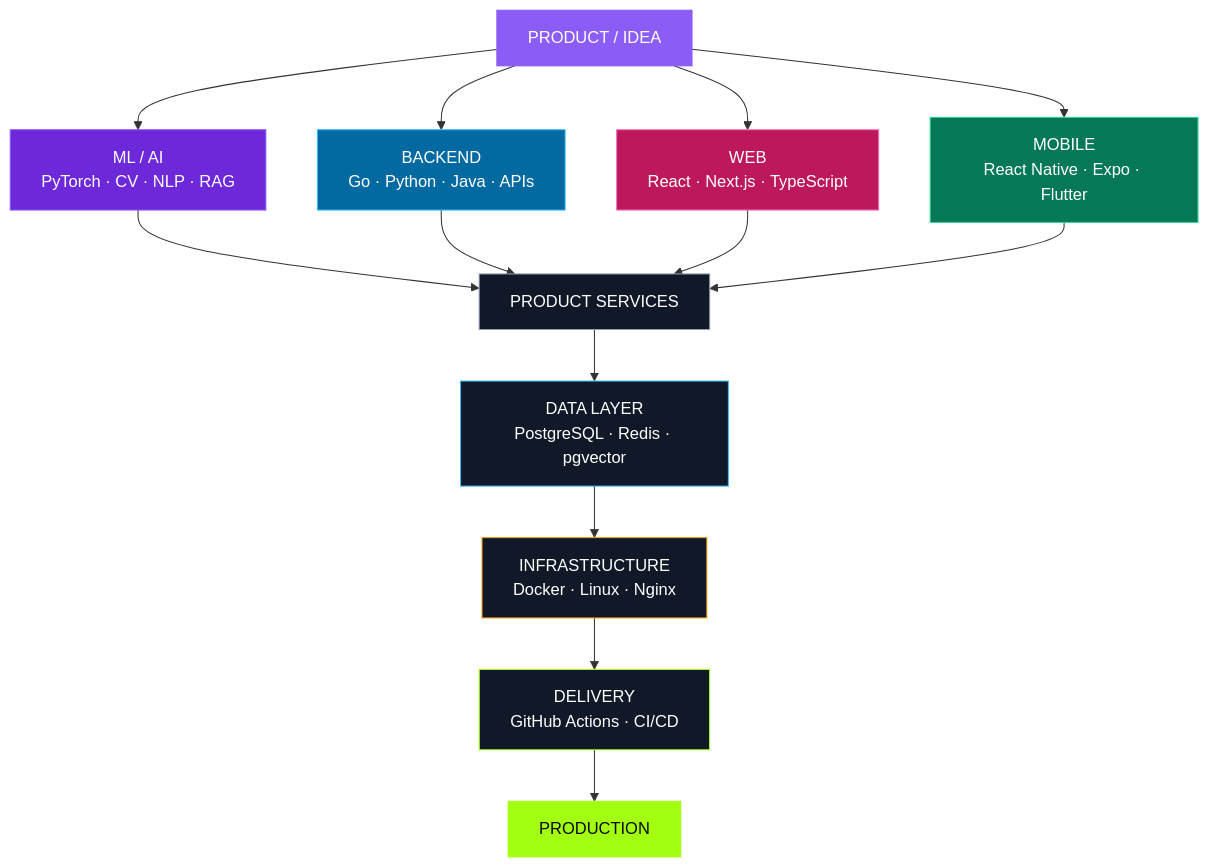
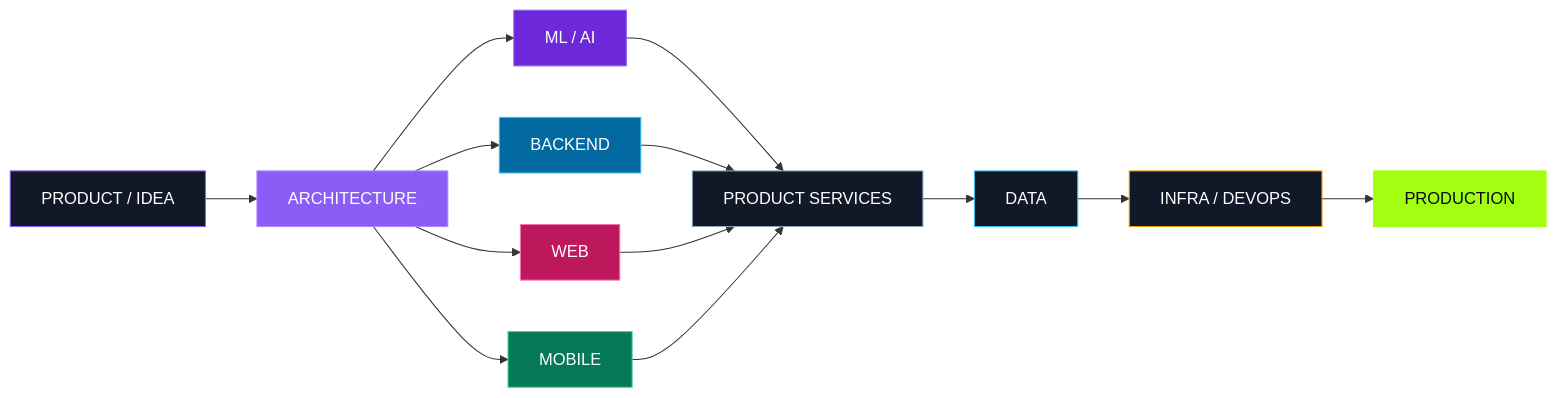
The diagram in README.md (BitsOfDanya/BitsOfDanya), drawn with Mermaid before and after one commit. The commit also changed other lines of this file and 2 other files, not shown here.

````diff
--- a/README.md
+++ b/README.md
@@ -394,30 +263,29 @@
 ```mermaid
-flowchart TB
-    IDEA["PRODUCT / IDEA"]
+flowchart LR
+    IDEA["PRODUCT / IDEA"] --> CORE["ARCHITECTURE"]
 
-    IDEA --> ML["ML / AI<br/>PyTorch · CV · NLP · RAG"]
-    IDEA --> BE["BACKEND<br/>Go · Python · Java · APIs"]
-    IDEA --> FE["WEB<br/>React · Next.js · TypeScript"]
-    IDEA --> MB["MOBILE<br/>React Native · Expo · Flutter"]
+    CORE --> ML["ML / AI"]
+    CORE --> BE["BACKEND"]
+    CORE --> WEB["WEB"]
+    CORE --> MOBILE["MOBILE"]
 
-    ML --> CORE["PRODUCT SERVICES"]
-    BE --> CORE
-    FE --> CORE
-    MB --> CORE
+    ML --> SERVICES["PRODUCT SERVICES"]
+    BE --> SERVICES
+    WEB --> SERVICES
+    MOBILE --> SERVICES
 
-    CORE --> DATA["DATA LAYER<br/>PostgreSQL · Redis · pgvector"]
-    DATA --> INFRA["INFRASTRUCTURE<br/>Docker · Linux · Nginx"]
-    INFRA --> SHIP["DELIVERY<br/>GitHub Actions · CI/CD"]
-    SHIP --> PROD["PRODUCTION"]
+    SERVICES --> DATA["DATA"]
+    DATA --> INFRA["INFRA / DEVOPS"]
+    INFRA --> PROD["PRODUCTION"]
 
-    style IDEA fill:#8B5CF6,color:#FFFFFF,stroke:#8B5CF6
-    style ML fill:#6D28D9,color:#FFFFFF,stroke:#8B5CF6
-    style BE fill:#0369A1,color:#FFFFFF,stroke:#38BDF8
-    style FE fill:#BE185D,color:#FFFFFF,stroke:#F472B6
-    style MB fill:#047857,color:#FFFFFF,stroke:#34D399
-    style CORE fill:#111827,color:#FFFFFF,stroke:#94A3B8
-    style DATA fill:#111827,color:#FFFFFF,stroke:#38BDF8
-    style INFRA fill:#111827,color:#FFFFFF,stroke:#F59E0B
-    style SHIP fill:#111827,color:#FFFFFF,stroke:#A3FF12
+    style IDEA fill:#111827,color:#ffffff,stroke:#8B5CF6
+    style CORE fill:#8B5CF6,color:#ffffff,stroke:#A78BFA
+    style ML fill:#6D28D9,color:#ffffff,stroke:#8B5CF6
+    style BE fill:#0369A1,color:#ffffff,stroke:#38BDF8
+    style WEB fill:#BE185D,color:#ffffff,stroke:#F472B6
+    style MOBILE fill:#047857,color:#ffffff,stroke:#34D399
+    style SERVICES fill:#111827,color:#ffffff,stroke:#94A3B8
+    style DATA fill:#111827,color:#ffffff,stroke:#38BDF8
+    style INFRA fill:#111827,color:#ffffff,stroke:#F59E0B
     style PROD fill:#A3FF12,color:#08090B,stroke:#A3FF12
 ```
````
